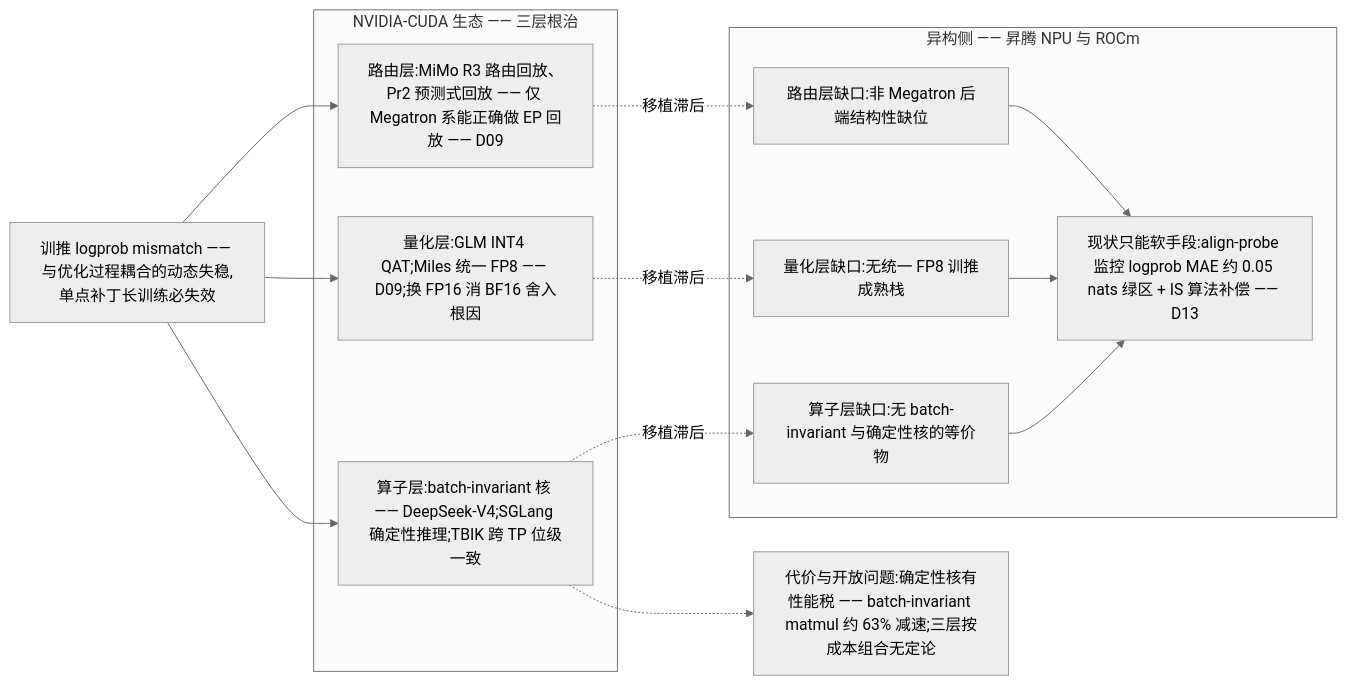
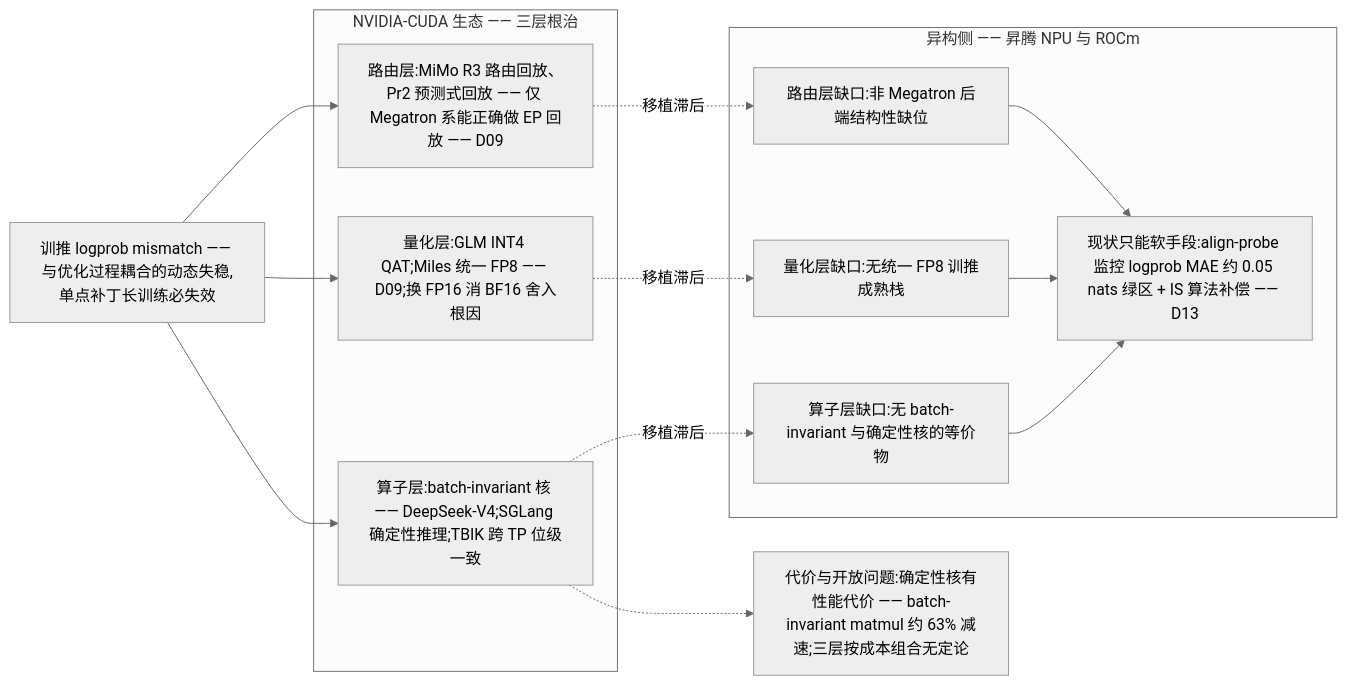
The fourth of 5 diagrams in docs/blog/dispatch-23-agentic-rl-problem-map.md (lloo099/mission44), drawn with Mermaid (neutral theme) before and after one commit. The commit also changed other lines of this file and 22 other files, not shown here.

````diff
--- a/docs/blog/dispatch-23-agentic-rl-problem-map.md
+++ b/docs/blog/dispatch-23-agentic-rl-problem-map.md
@@ -226,31 +226,31 @@
 ```mermaid
 flowchart LR
     ROOT["训推 logprob mismatch —— 与优化过程耦合的动态失稳,单点补丁长训练必失效"]
 
     subgraph NV ["NVIDIA-CUDA 生态 —— 三层根治"]
         N1["算子层:batch-invariant 核 —— DeepSeek-V4;SGLang 确定性推理;TBIK 跨 TP 位级一致"]
         N2["量化层:GLM INT4 QAT;Miles 统一 FP8 —— D09;换 FP16 消 BF16 舍入根因"]
         N3["路由层:MiMo R3 路由回放、Pr2 预测式回放 —— 仅 Megatron 系能正确做 EP 回放 —— D09"]
     end
 
     subgraph HET ["异构侧 —— 昇腾 NPU 与 ROCm"]
         H1["算子层缺口:无 batch-invariant 与确定性核的等价物"]
         H2["量化层缺口:无统一 FP8 训推成熟栈"]
         H3["路由层缺口:非 Megatron 后端结构性缺位"]
         H4["现状只能软手段:align-probe 监控 logprob MAE 约 0.05 nats 绿区 + IS 算法补偿 —— D13"]
     end
 
     ROOT --> N1
     ROOT --> N2
     ROOT --> N3
 
     N1 -. "移植滞后" .-> H1
     N2 -. "移植滞后" .-> H2
     N3 -. "移植滞后" .-> H3
     H1 --> H4
     H2 --> H4
     H3 --> H4
 
-    COST["代价与开放问题:确定性核有性能税 —— batch-invariant matmul 约 63% 减速;三层按成本组合无定论"]
+    COST["代价与开放问题:确定性核有性能代价 —— batch-invariant matmul 约 63% 减速;三层按成本组合无定论"]
     N1 -.-> COST
 ```
````
